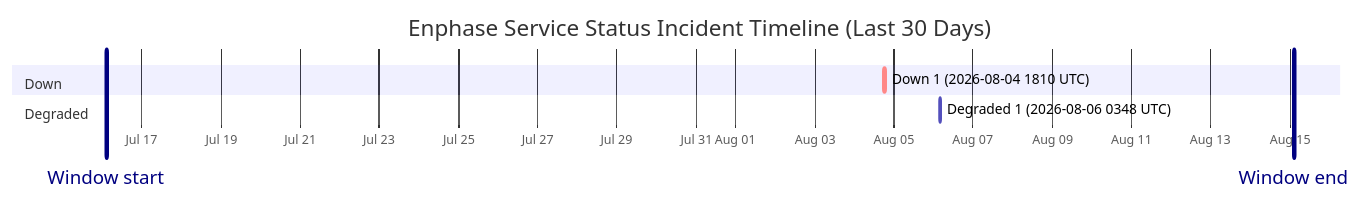
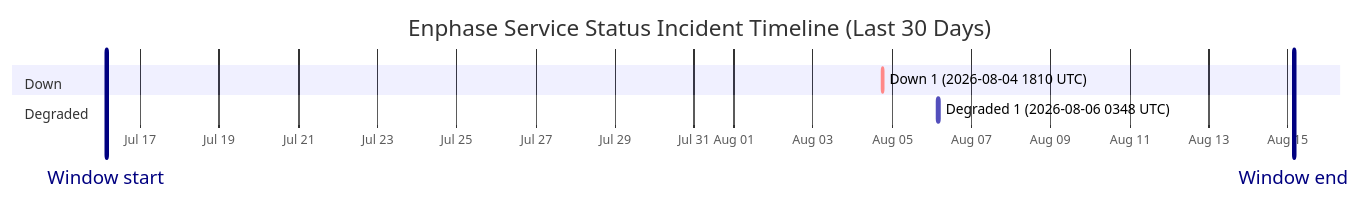
One commit to barneyonline/ha-enphase-energy changed the diagram in wiki/Service-Status-History.md. Above: the diagram before and after it, drawn with Mermaid. The commit also changed other lines of this file and 3 other files, not shown here.

````diff
--- a/wiki/Service-Status-History.md
+++ b/wiki/Service-Status-History.md
@@ -14,12 +14,12 @@
 ```mermaid
 gantt
     title Enphase Service Status Incident Timeline (Last 30 Days)
     dateFormat  YYYY-MM-DDTHH:mm:ss
     axisFormat  %b %d
-    Window start :vert, window-start, 2026-07-16T02:31:58, 0ms
-    Window end :vert, window-end, 2026-08-15T02:31:58, 0ms
+    Window start :vert, window-start, 2026-07-16T03:36:26, 0ms
+    Window end :vert, window-end, 2026-08-15T03:36:26, 0ms
     section Down
     Down 1 (2026-08-04 1810 UTC) :crit, down-1, 2026-08-04T18:10:46, 60m
     section Degraded
     Degraded 1 (2026-08-06 0348 UTC) :active, degraded-1, 2026-08-06T03:48:14, 60m
 ```
````
